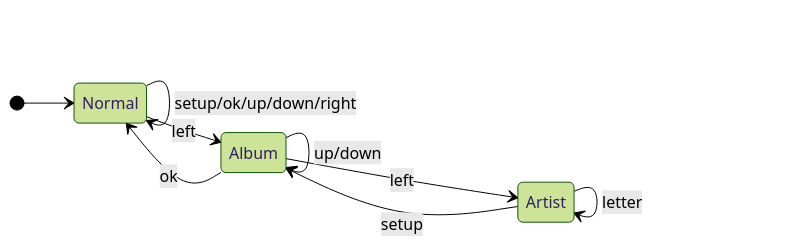
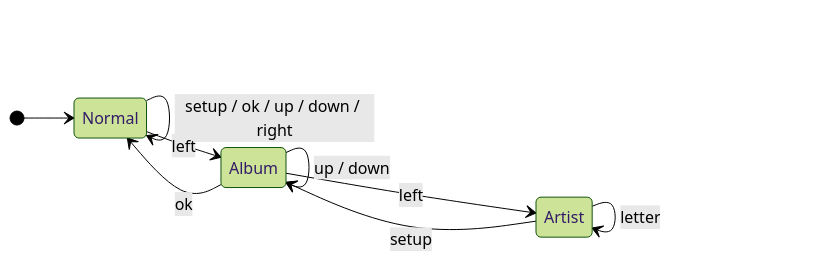
Before and after one commit to sbeaugrand/debinst: the first of 2 diagrams in cicd/mps/README.md, drawn with Mermaid (forest theme). The commit also changed other lines of this file and 16 other files, not shown here.

````diff
--- a/cicd/mps/README.md
+++ b/cicd/mps/README.md
@@ -2,12 +2,12 @@
 ```mermaid
 stateDiagram
     direction LR
     [*] --> Normal
-    Normal --> Normal: setup/ok/up/down/right
+    Normal --> Normal: setup / ok / up / down / right
     Normal --> Album: left
     Album --> Normal: ok
-    Album --> Album: up/down
+    Album --> Album: up / down
     Album --> Artist: left
     Artist --> Album: setup
     Artist --> Artist: letter
 ```
````
